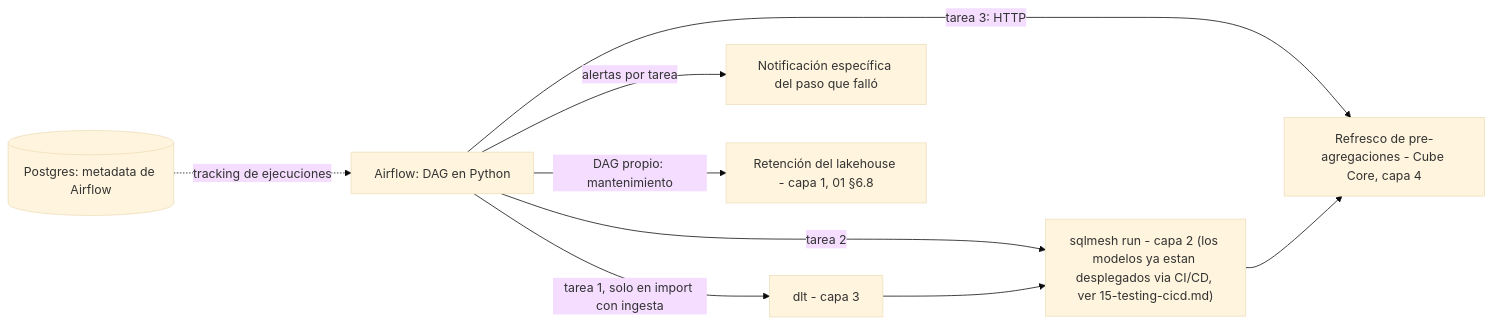
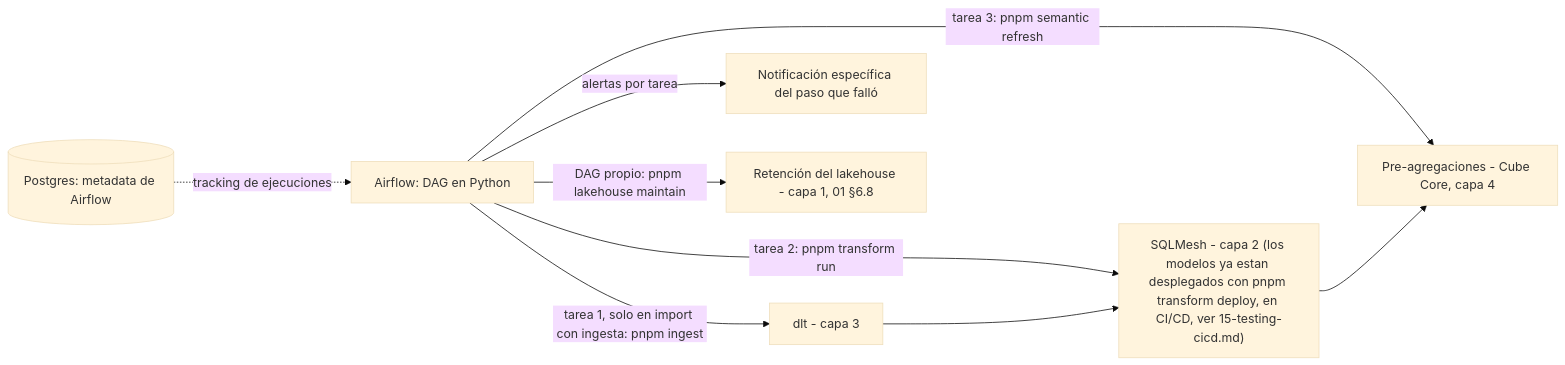
One commit to eribertocz/atlasbi changed the diagram in docs/07-orquestacion.md. Above: the diagram before and after it, drawn with Mermaid (base theme). The commit also changed other lines of this file and 11 other files, not shown here.

````diff
--- a/docs/07-orquestacion.md
+++ b/docs/07-orquestacion.md
@@ -84,10 +84,10 @@
 ```mermaid
 flowchart LR
-    A[Airflow: DAG en Python] -->|tarea 1, solo en import con ingesta| B[dlt - capa 3]
-    A -->|tarea 2| C["sqlmesh run - capa 2 (los modelos ya estan desplegados via CI/CD, ver 15-testing-cicd.md)"]
-    A -->|tarea 3: HTTP| D[Refresco de pre-agregaciones - Cube Core, capa 4]
+    A[Airflow: DAG en Python] -->|"tarea 1, solo en import con ingesta: pnpm ingest"| B[dlt - capa 3]
+    A -->|"tarea 2: pnpm transform run"| C["SQLMesh - capa 2 (los modelos ya estan desplegados con pnpm transform deploy, en CI/CD, ver 15-testing-cicd.md)"]
+    A -->|"tarea 3: pnpm semantic refresh"| D[Pre-agregaciones - Cube Core, capa 4]
     B --> C --> D
     E[(Postgres: metadata de Airflow)] -.tracking de ejecuciones.-> A
     A -->|alertas por tarea| F[Notificación específica del paso que falló]
-    A -->|DAG propio: mantenimiento| M[Retención del lakehouse - capa 1, 01 §6.8]
+    A -->|"DAG propio: pnpm lakehouse maintain"| M[Retención del lakehouse - capa 1, 01 §6.8]
 ```
````
